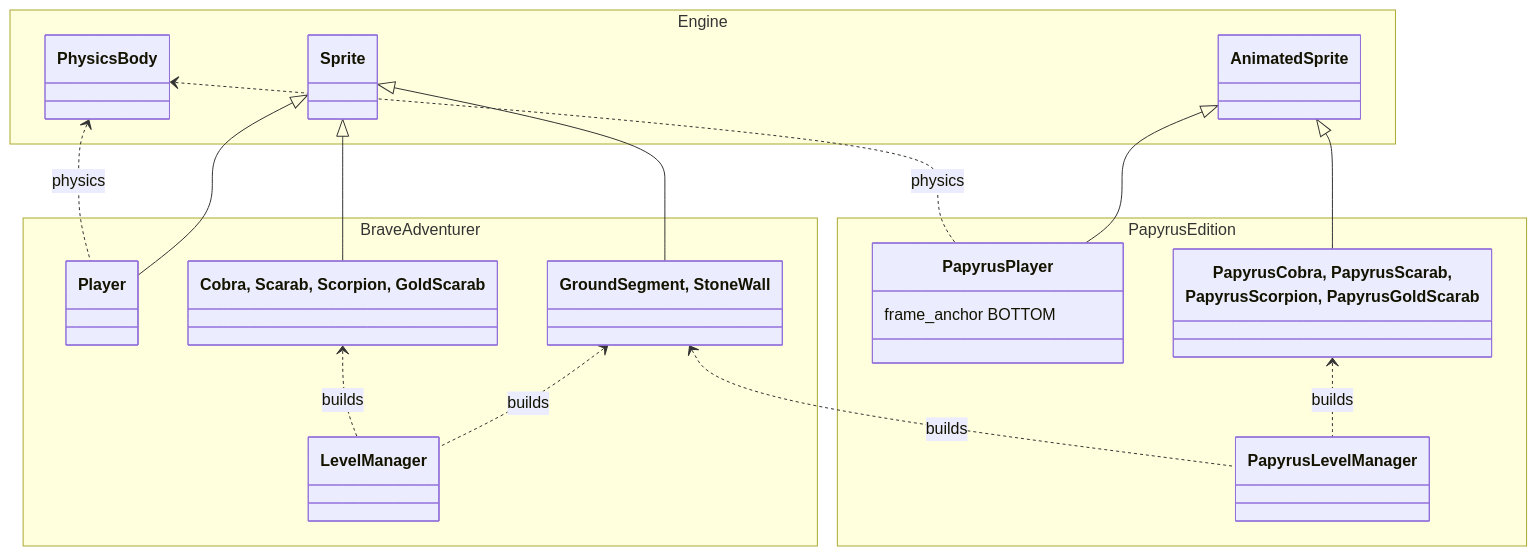
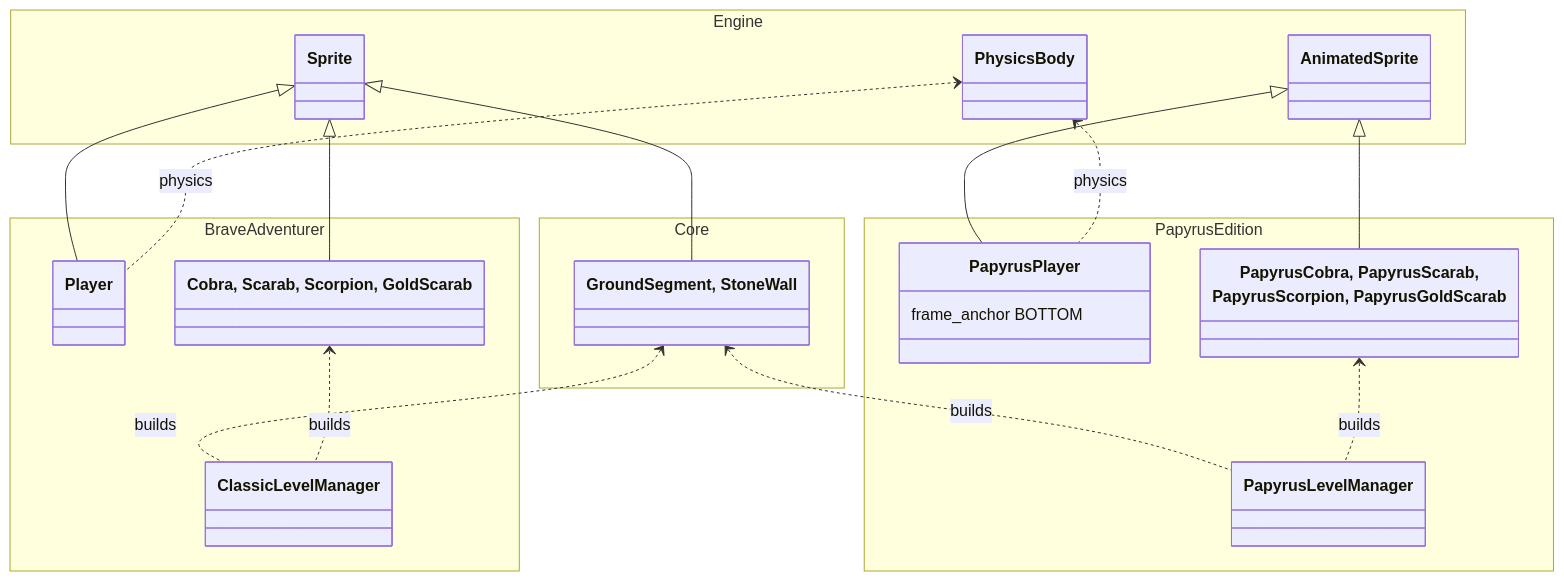
The eighth of 8 diagrams in docs/games/brave_adventurer.md (terrysimons/glitchygames), drawn with Mermaid before and after one commit. The commit also changed other lines of this file and 351 other files, not shown here.

````diff
--- a/docs/games/brave_adventurer.md
+++ b/docs/games/brave_adventurer.md
@@ -571,35 +671,37 @@
 ```mermaid
 classDiagram
     direction TB
     namespace Engine {
         class Sprite
         class AnimatedSprite
         class PhysicsBody
     }
+    namespace Core {
+        class TerrainSprites["GroundSegment, StoneWall"]
+    }
     namespace BraveAdventurer {
-        class SpritesLevelManager["LevelManager"]
+        class SpritesLevelManager["ClassicLevelManager"]
         class Player
-        class TerrainSprites["GroundSegment, StoneWall"]
         class PrimitiveSprites["Cobra, Scarab, Scorpion, GoldScarab"]
     }
     namespace PapyrusEdition {
         class SpritesPapyrusLevelManager["PapyrusLevelManager"]
         class PapyrusPlayer {
             frame_anchor BOTTOM
         }
         class PapyrusSprites["PapyrusCobra, PapyrusScarab,<br/>PapyrusScorpion, PapyrusGoldScarab"]
     }
 
     Sprite <|-- Player
     Sprite <|-- TerrainSprites
     Sprite <|-- PrimitiveSprites
     AnimatedSprite <|-- PapyrusPlayer
     AnimatedSprite <|-- PapyrusSprites
     PhysicsBody <.. Player : physics
     PhysicsBody <.. PapyrusPlayer : physics
 
     TerrainSprites <.. SpritesLevelManager : builds
     PrimitiveSprites <.. SpritesLevelManager : builds
     TerrainSprites <.. SpritesPapyrusLevelManager : builds
     PapyrusSprites <.. SpritesPapyrusLevelManager : builds
 ```
````
